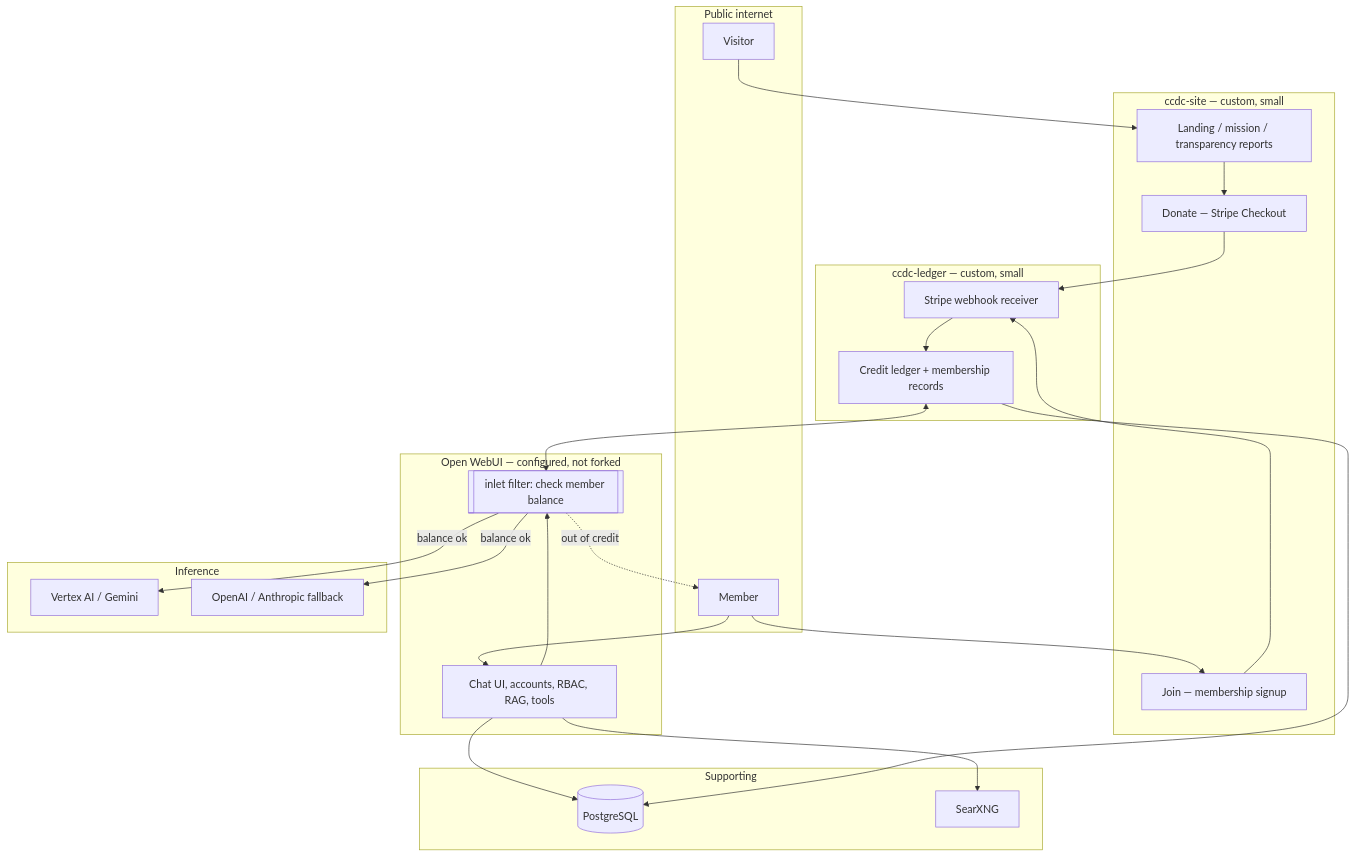
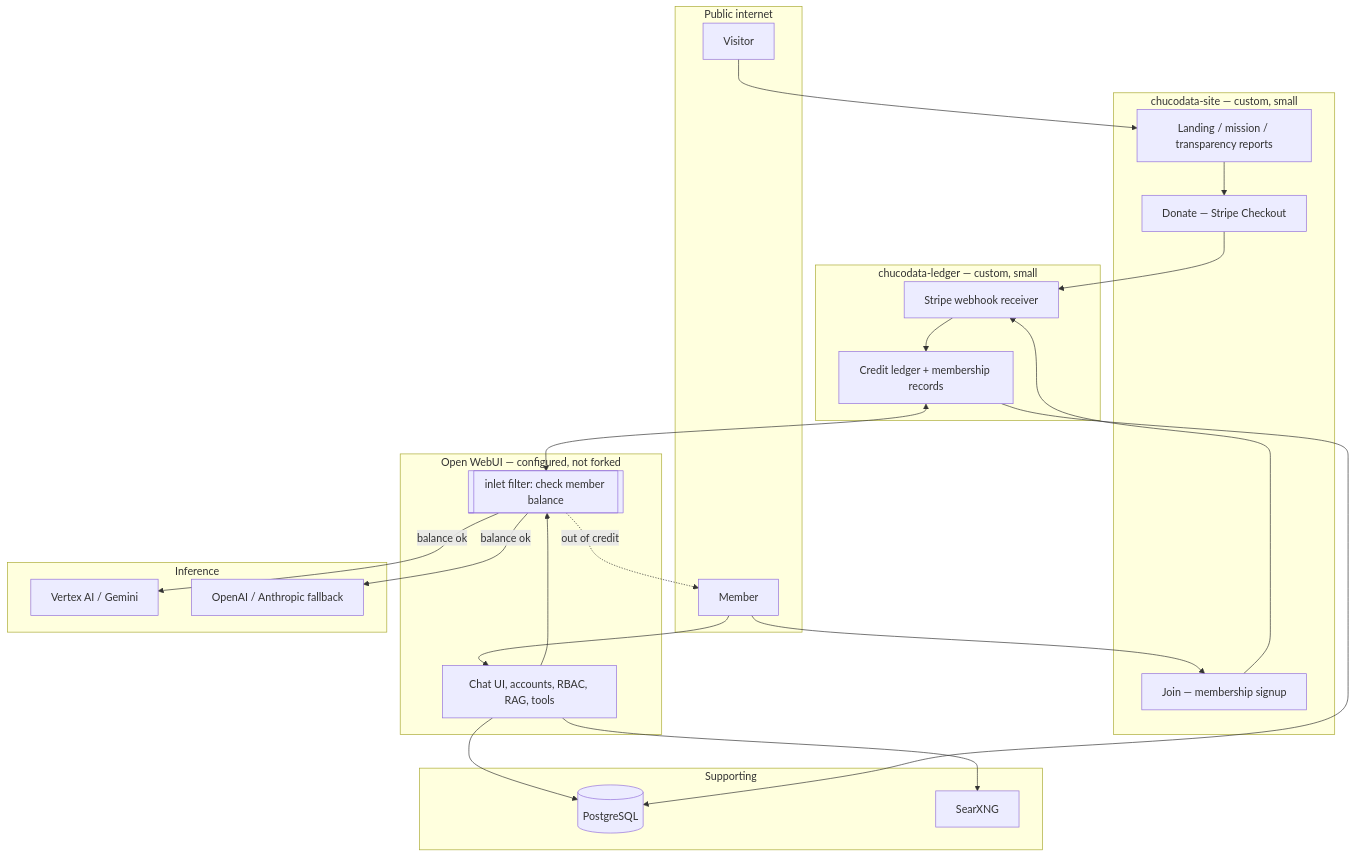
One commit to nelsonblaha/ccdc changed the diagram in docs/04-mvp-architecture.md. Above: the diagram before and after it, drawn with Mermaid. The commit also changed other lines of this file and 9 other files, not shown here.

````diff
--- a/docs/04-mvp-architecture.md
+++ b/docs/04-mvp-architecture.md
@@ -12,46 +12,46 @@
 ```mermaid
 flowchart TB
     subgraph public["Public internet"]
         V[Visitor]
         M[Member]
     end
 
-    subgraph site["ccdc-site — custom, small"]
+    subgraph site["chucodata-site — custom, small"]
         L[Landing / mission / transparency reports]
         D[Donate — Stripe Checkout]
         J[Join — membership signup]
     end
 
     subgraph app["Open WebUI — configured, not forked"]
         C[Chat UI, accounts, RBAC, RAG, tools]
         F[["inlet filter: check member balance"]]
     end
 
-    subgraph custom["ccdc-ledger — custom, small"]
+    subgraph custom["chucodata-ledger — custom, small"]
         W[Stripe webhook receiver]
         B[Credit ledger + membership records]
     end
 
     subgraph deps["Supporting"]
         P[(PostgreSQL)]
         S[SearXNG]
     end
 
     subgraph models["Inference"]
         G[Vertex AI / Gemini]
         O[OpenAI / Anthropic fallback]
     end
 
     V --> L --> D --> W
     M --> J --> W
     W --> B
     M --> C
     C --> F
     F -->|balance ok| G
     F -->|balance ok| O
     F -.->|out of credit| M
     B <--> F
     C --> S
     C --> P
     B --> P
 ```
````
